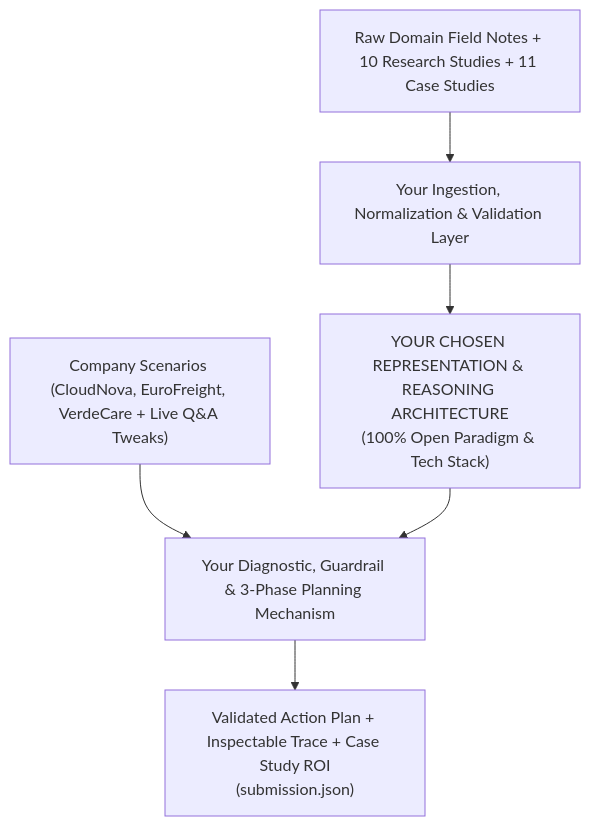
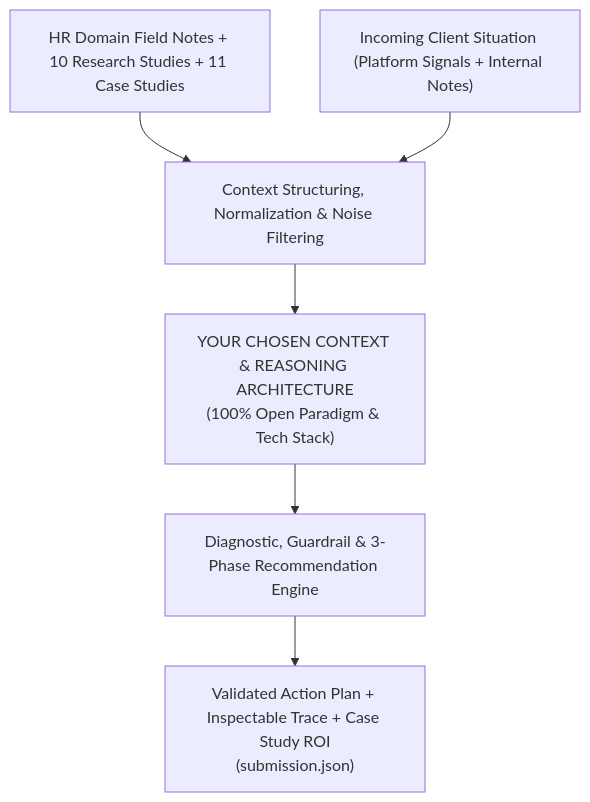
One commit to SyAndrey006/Ingaze-CF-Hackathon-2026-Team-11 changed the diagram in docs/CHALLENGE_BRIEF.md. Above: the diagram before and after it, drawn with Mermaid. The commit also changed other lines of this file and 2 other files, not shown here.

Commit message:
docs: add toy retail output example, alphabetical 15-intervention vocabulary, domain-modeling rule, and stack-agnostic operational constraints

````diff
--- a/docs/CHALLENGE_BRIEF.md
+++ b/docs/CHALLENGE_BRIEF.md
@@ -60,8 +60,8 @@
 ```mermaid
 flowchart TB
-    RAW["Raw Domain Field Notes + 10 Research Studies + 11 Case Studies"] --> ING["Your Ingestion, Normalization & Validation Layer"]
-    ING --> STRUCT["YOUR CHOSEN REPRESENTATION & REASONING ARCHITECTURE<br/>(100% Open Paradigm & Tech Stack)"]
-    SIT["Company Scenarios (CloudNova, EuroFreight, VerdeCare + Live Q&A Tweaks)"] --> ENG["Your Diagnostic, Guardrail & 3-Phase Planning Mechanism"]
-    STRUCT --> ENG
+    RAW["HR Domain Field Notes + 10 Research Studies + 11 Case Studies"] --> ING["Context Structuring, Normalization & Noise Filtering"]
+    SIT["Incoming Client Situation (Platform Signals + Internal Notes)"] --> ING
+    ING --> STRUCT["YOUR CHOSEN CONTEXT & REASONING ARCHITECTURE<br/>(100% Open Paradigm & Tech Stack)"]
+    STRUCT --> ENG["Diagnostic, Guardrail & 3-Phase Recommendation Engine"]
     ENG --> OUT["Validated Action Plan + Inspectable Trace + Case Study ROI<br/>(submission.json)"]
 ```
````
